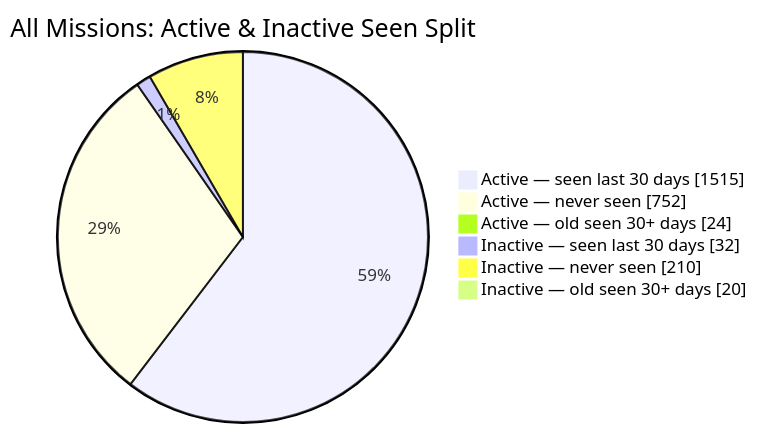
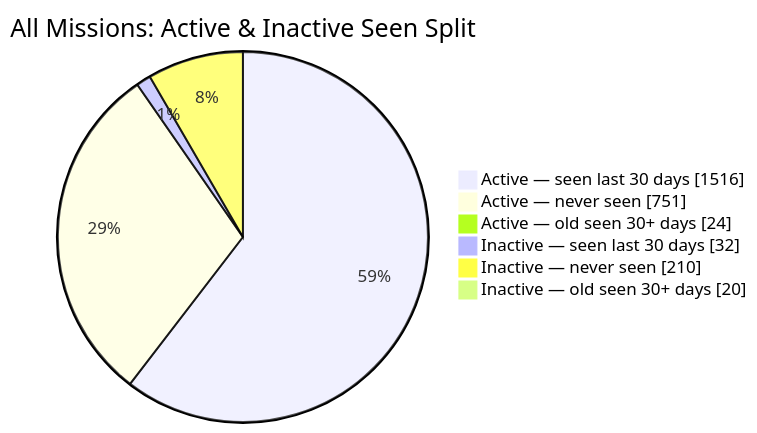
One commit to MeldkamerspelGameTeam/active-missions changed the second of 2 diagrams in README.md. Above: the diagram before and after it, drawn with Mermaid. The commit also changed other lines of this file and 3 other files, not shown here.

````diff
--- a/README.md
+++ b/README.md
@@ -44,10 +44,10 @@
 ```mermaid
 pie showData
     title All Missions: Active & Inactive Seen Split
-    "Active — seen last 30 days" : 1515
-    "Active — never seen" : 752
+    "Active — seen last 30 days" : 1516
+    "Active — never seen" : 751
     "Active — old seen 30+ days" : 24
     "Inactive — seen last 30 days" : 32
     "Inactive — never seen" : 210
     "Inactive — old seen 30+ days" : 20
 ```
````
